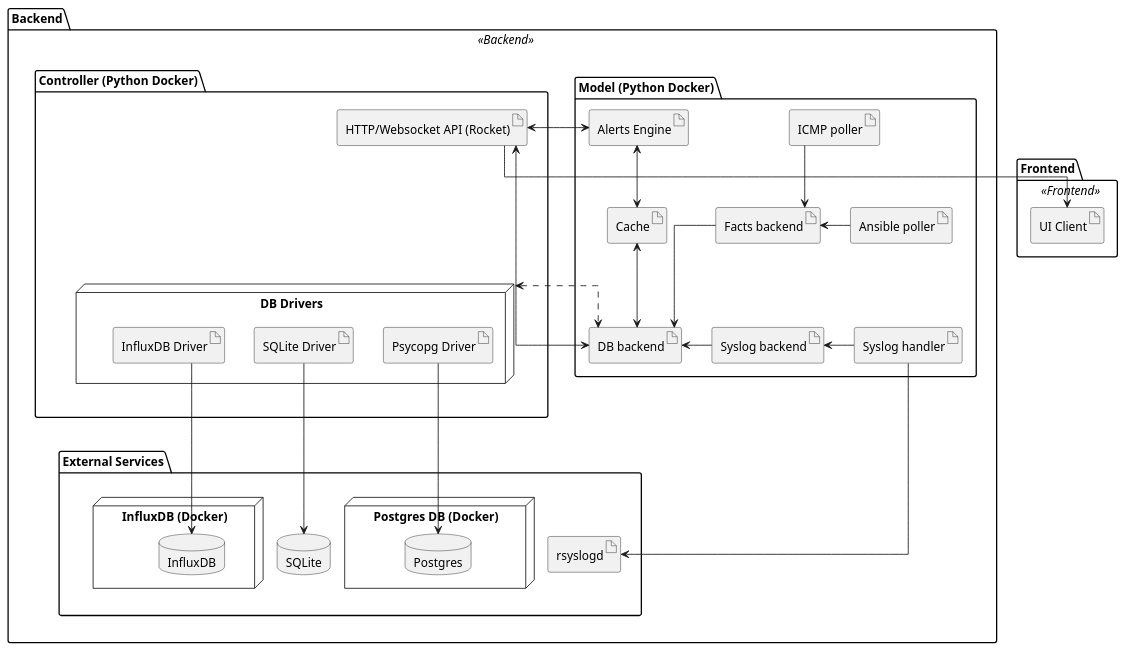
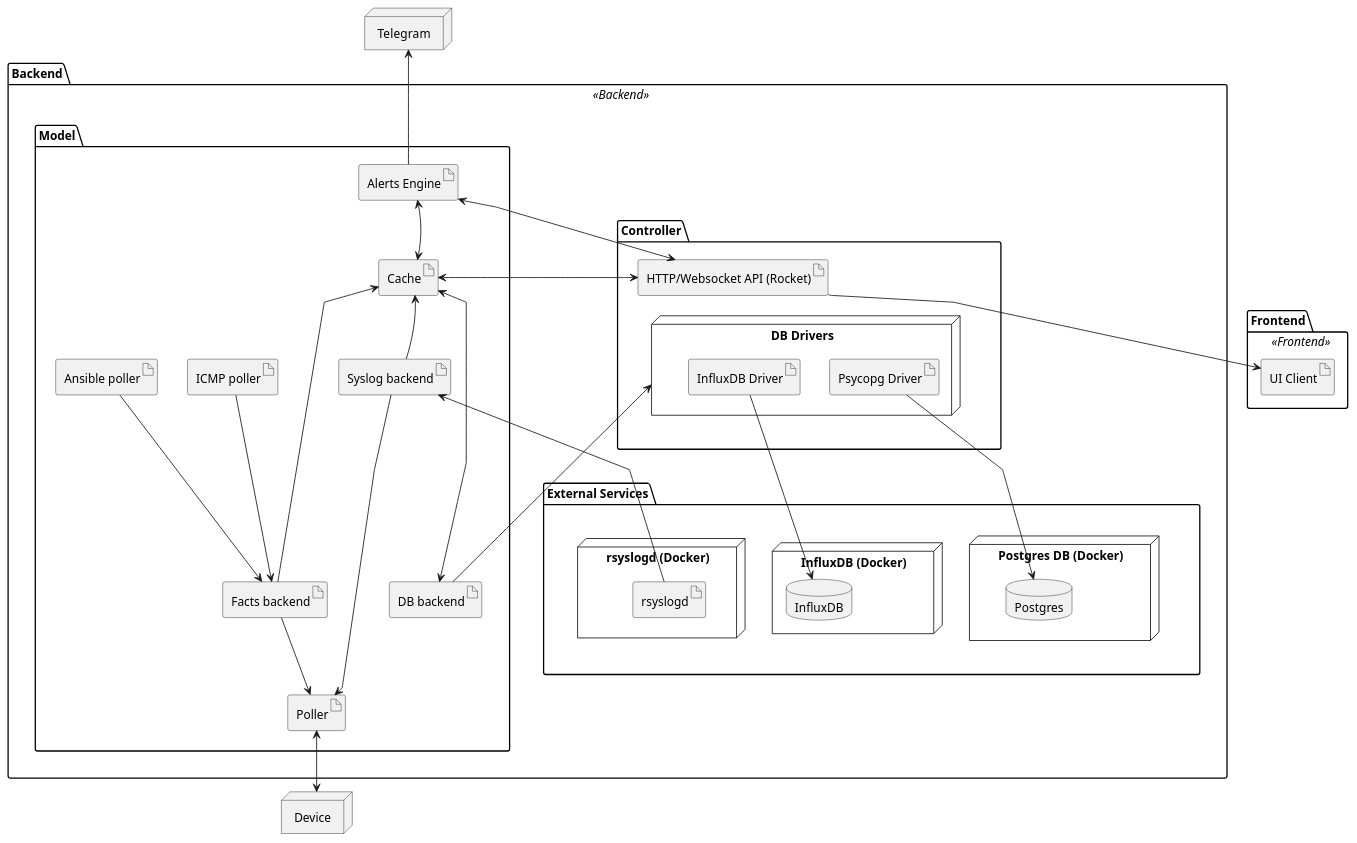
The diagram in docs/uml/architecture.puml (hector-ramirez-cano/Analytics), drawn with PlantUML before and after one commit. The commit also changed 8 other files, not shown here.

```diff
--- a/docs/uml/architecture.puml
+++ b/docs/uml/architecture.puml
@@ -1,82 +1,89 @@
 @startuml Architecture
-skinparam linetype ortho
+skinparam linetype polyline
 skinparam shadowing false
 skinparam rectangle {
   BackgroundColor<<Frontend>> #ADD8E6
   BackgroundColor<<Backend>> #99c4ad
   BorderColor black
   BorderStyle dashed
 }
 
+node "Device"
+node "Telegram"
+
 package "Frontend" <<Frontend>> {
   artifact "UI Client"
 }
 
 package "Backend" <<Backend>> {
-  package "Model (Python Docker)" {
+  package "Model" {
     artifact "Alerts Engine"
     artifact "DB backend"
     artifact "Cache"
     artifact "ICMP poller"
     artifact "Ansible poller"
-    artifact "Syslog handler"
     artifact "Facts backend"
     artifact "Syslog backend"
-    
-    
-    "Syslog backend" -right-> "DB backend"
-    "Facts backend" -right-> "DB backend"
-
-    "ICMP poller" -right-> "Facts backend"
-    "Ansible poller" -right-> "Facts backend" 
-    "Syslog handler" -right-> "Syslog backend"
-    "Facts backend" -[hidden]d-> "Syslog backend"
-    "ICMP poller" <-[hidden]d-> "Ansible poller"
-    "Ansible poller" <-[hidden]d-> "Syslog handler"
-    
-    "Cache" <-down-> "DB backend"
-    
-    "Cache" <-up-> "Alerts Engine"
-    
+    artifact "Poller"
     
   }
 
-  package "Controller (Python Docker)" {
+  package "Controller" {
     artifact "HTTP/Websocket API (Rocket)"
     node "DB Drivers" {
       artifact "Psycopg Driver"
-      artifact "SQLite Driver"
       artifact "InfluxDB Driver"
     }
-    
-    "DB Drivers" <..right..> "DB backend"
   }
 
   
   package "External Services" {
+    node "rsyslogd (Docker)" {
+      artifact "rsyslogd"
+    }
     node "Postgres DB (Docker)" {
       database "Postgres"
     }
     node "InfluxDB (Docker)" {
       database "InfluxDB"
     }
-    database "SQLite"
-    
-    artifact "rsyslogd"
   }
+}
 
 
-  "Controller (Python Docker)" --[hidden]down-> "External Services"
-  "HTTP/Websocket API (Rocket)" --[hidden]down-> "DB Drivers"
-  "DB Drivers" --[hidden]left-> "External Services"
-  "InfluxDB" --[hidden]left-> "SQLite"
-}
+"Syslog backend" --> "Poller"
+"Facts backend" --> "Poller"
+
+"ICMP poller" --> "Facts backend"
+"Ansible poller" --> "Facts backend" 
+
+"Cache" <--> "DB backend"
+"Cache" <--> "Alerts Engine"
 
 "HTTP/Websocket API (Rocket)" --> "UI Client"
-"DB backend" <-up-> "HTTP/Websocket API (Rocket)"
+"Cache" <--> "HTTP/Websocket API (Rocket)"
 "Alerts Engine" <-> "HTTP/Websocket API (Rocket)"
-"Syslog handler" -right-> "rsyslogd"
-"Psycopg Driver" -down-> "Postgres"
-"SQLite Driver" -down-> "SQLite"
-"InfluxDB Driver" -down-> "InfluxDB"
+"Alerts Engine" -up-> "Telegram"
+"Syslog backend" <-- "rsyslogd"
+"Psycopg Driver" --> "Postgres"
+"InfluxDB Driver" --> "InfluxDB"
+"Facts backend" --> "Cache"
+"Syslog backend" --> "Cache"
+"DB backend" -right-> "DB Drivers" 
+
+'Device --up--> "rsyslogd"
+Device <-up-> "Poller"
+
+' Layout
+"Model" .[hidden]left.> "External Services"
+"Model" .[hidden]left.> "Controller"
+  "Syslog backend" .[hidden]down.> "Facts backend"
+  "Syslog backend" -[hidden]-> "DB backend"
+  "Syslog backend" .[hidden]up.> "Cache"
+  "Cache" .[hidden]up.> "Alerts Engine"
+"Controller" .[hidden]down.> "External Services"
+  "HTTP/Websocket API (Rocket)" .[hidden]down.> "DB Drivers"
+  "rsyslogd (Docker)" .[hidden]right.> "Postgres DB (Docker)"
+
+
 @enduml
```
